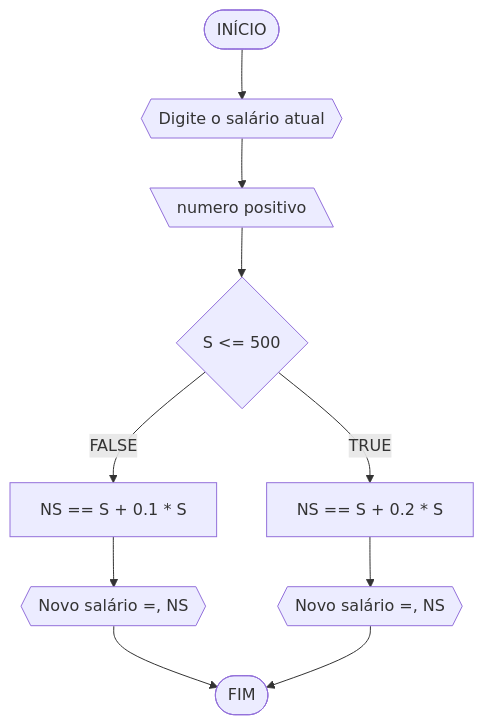
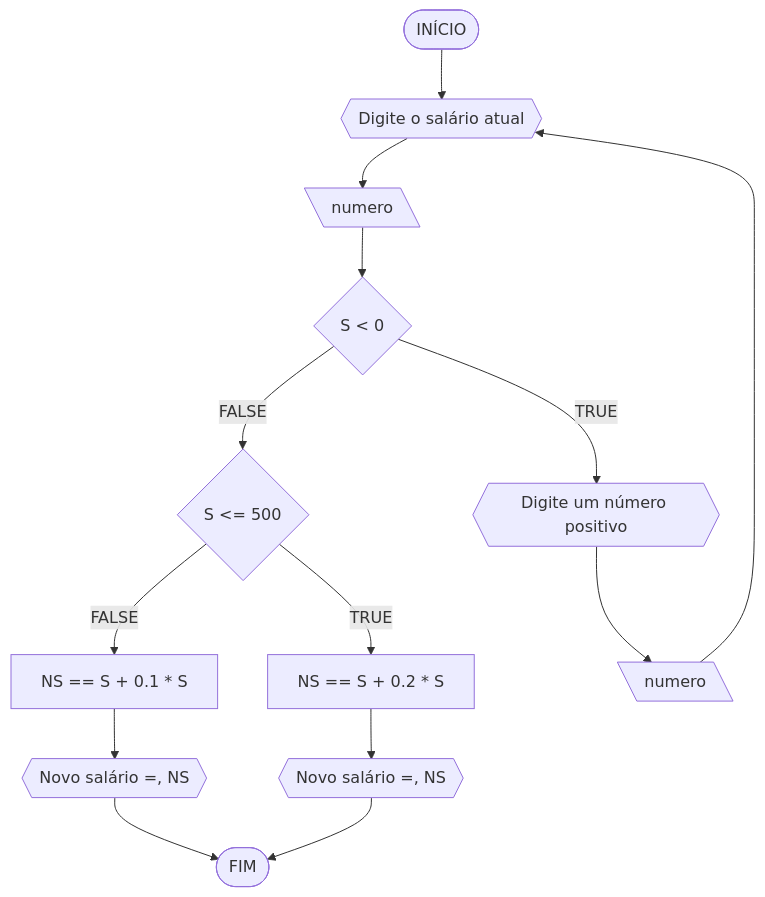
Before and after one commit to LucasCarreiro7/UNIFOR: the second of 4 diagrams in RLA/AF1/lista01.md, drawn with Mermaid. The commit also changed other lines of this file, not shown here.

````diff
--- a/RLA/AF1/lista01.md
+++ b/RLA/AF1/lista01.md
@@ -71,12 +75,16 @@
 ```mermaid
 flowchart TD
 A([INÍCIO]) --> B{{Digite o salário atual}}
-B --> C[\numero positivo\]
-C --> D{S <= 500}
+B --> C[\numero\]
+C --> C2{S < 0}
+C2 --FALSE--> D{S <= 500}
+C2 --TRUE--> C3{{Digite um número positivo}}
+C3 --> C4[\numero\]
+C4 --> B
 D --FALSE--> E[NS == S + 0.1 * S]
 D --TRUE--> F[NS == S + 0.2 * S]
 E --> G{{Novo salário =, NS}}
 G --> Z([FIM])
 F --> H{{Novo salário =, NS}}
 H --> Z
 ```
````
